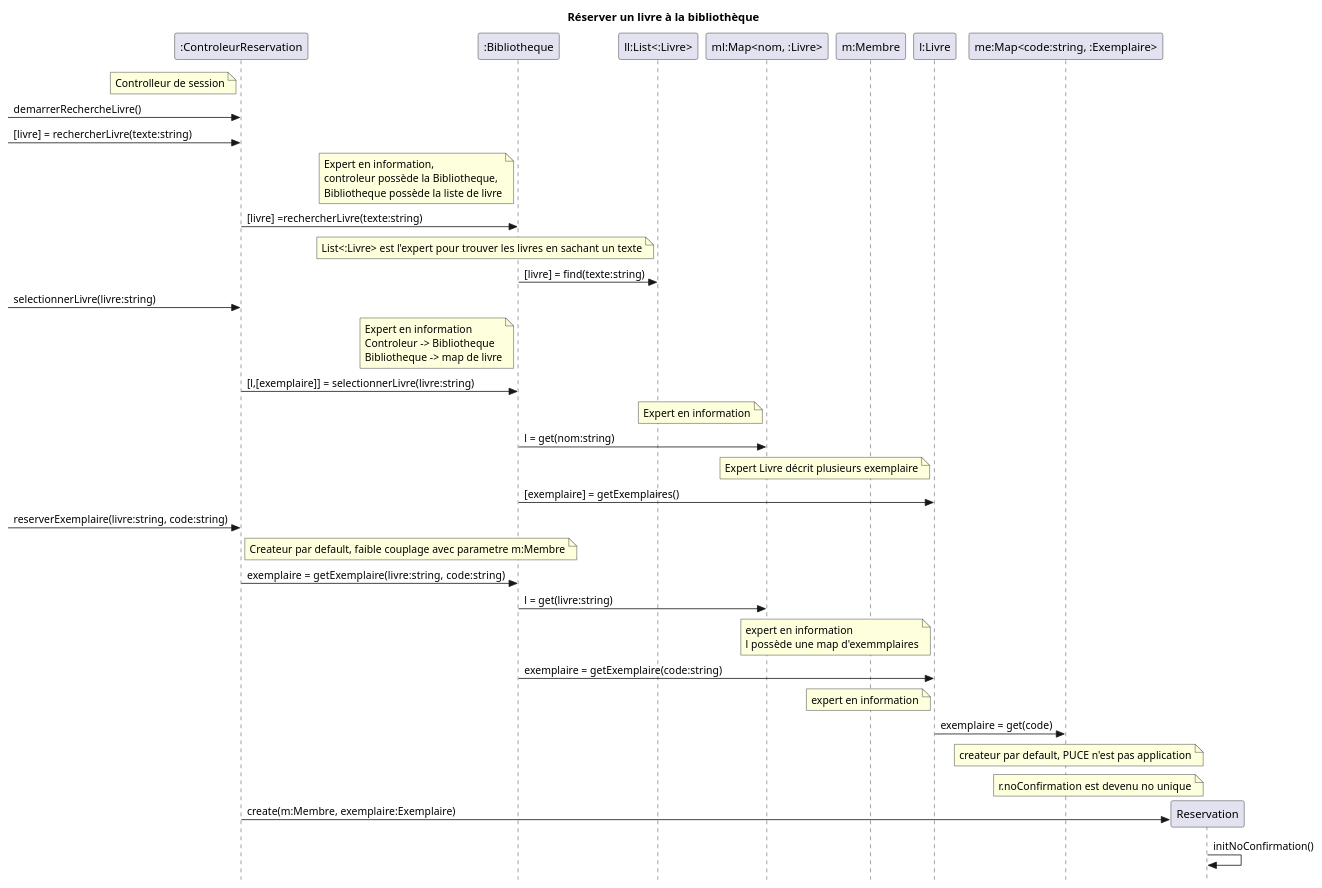
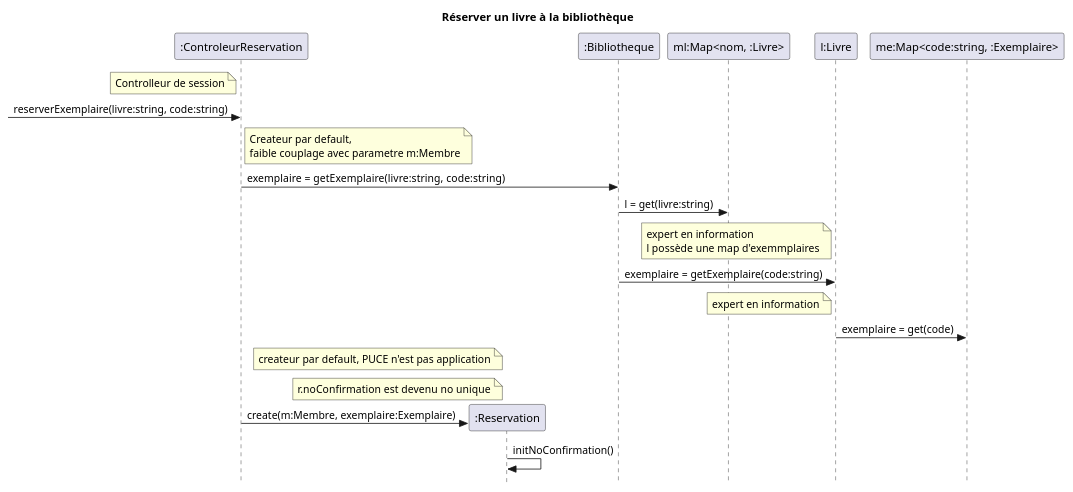
One commit to yvanross/LOG210-exercices changed the seventh of 8 diagrams in DCU-CU-MDD-DSS-CON-RDCU-DCC/DCU-CU-MDD-DSS-CON-RDCU-DCL-reserver-livre-bibliotheque.md. Above: the diagram before and after it, drawn with PlantUML. The commit also changed other lines of this file and 50 other files, not shown here.

````diff
--- a/DCU-CU-MDD-DSS-CON-RDCU-DCC/DCU-CU-MDD-DSS-CON-RDCU-DCL-reserver-livre-bibliotheque.md
+++ b/DCU-CU-MDD-DSS-CON-RDCU-DCC/DCU-CU-MDD-DSS-CON-RDCU-DCL-reserver-livre-bibliotheque.md
@@ -130,50 +184,28 @@
 ```plantuml
 @startuml
 title: Réserver un livre à la bibliothèque
 skinparam style strictuml
 participant ":ControleurReservation" as S
 note left of S: Controlleur de session
+participant ":Reservation" as Reservation
 participant ":Bibliotheque" as B
-participant "ll:List<:Livre>" as LL
 participant "ml:Map<nom, :Livre>" as ML
-participant "m:Membre" as M
 participant "l:Livre" as L
 participant "me:Map<code:string, :Exemplaire>" as ME
 
- -> S: demarrerRechercheLivre() 
-
- -> S: [livre] = rechercherLivre(texte:string)
-note left of B: Expert en information,\ncontroleur possède la Bibliotheque,\nBibliotheque possède la liste de livre
-S -> B: [livre] =rechercherLivre(texte:string)
-note left of LL: List<:Livre> est l'expert pour trouver les livres en sachant un texte
-B -> LL: [livre] = find(texte:string)
-
-
- -> S: selectionnerLivre(livre:string)
- note left of B: Expert en information \nControleur -> Bibliotheque\nBibliotheque -> map de livre
- S->B: [l,[exemplaire]] = selectionnerLivre(livre:string)
- note left of ML: Expert en information
- B->ML: l = get(nom:string)
-
- note left of L: Expert Livre décrit plusieurs exemplaire
- B->L: [exemplaire] = getExemplaires()
-
-
  -> S**: reserverExemplaire(livre:string, code:string)
-note right of S: Createur par default, faible couplage avec parametre m:Membre
+note right of S: Createur par default, \nfaible couplage avec parametre m:Membre
 S->B: exemplaire =  getExemplaire(livre:string, code:string)
 B -> ML: l = get(livre:string)
 note left of L: expert en information\nl possède une map d'exemmplaires
 B -> L: exemplaire = getExemplaire(code:string) 
 note left of L: expert en information 
 L -> ME: exemplaire = get(code)
 
 note left of Reservation: createur par default, PUCE n'est pas application
 note left of Reservation: r.noConfirmation est devenu no unique
 S -> Reservation**: create(m:Membre, exemplaire:Exemplaire)
 Reservation ->Reservation: initNoConfirmation()
 
-
-
 @enduml
 ```
````
